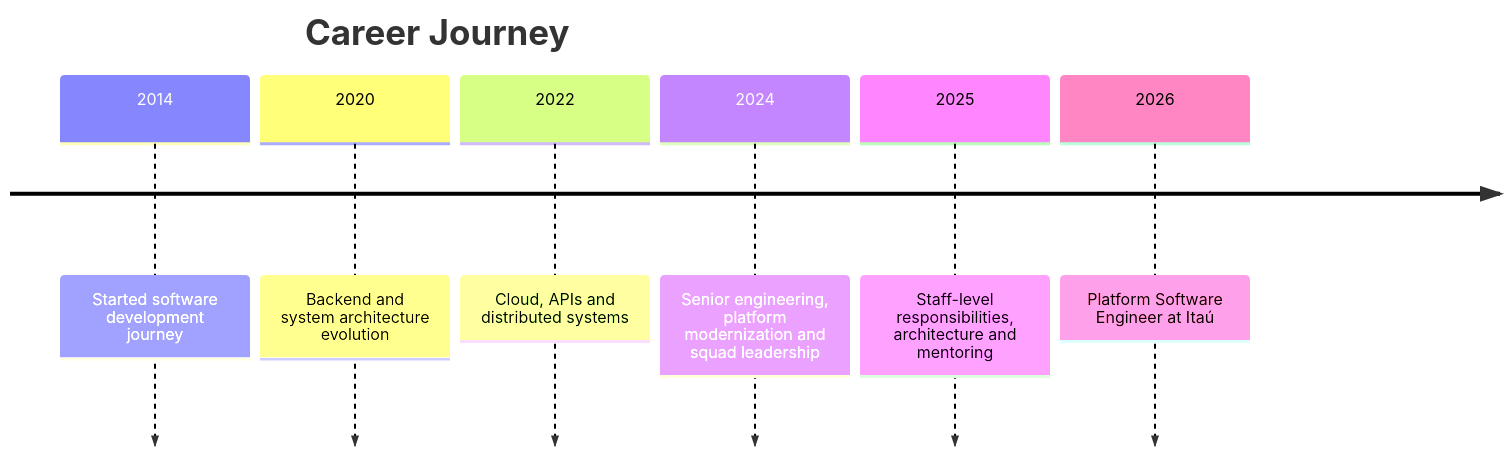
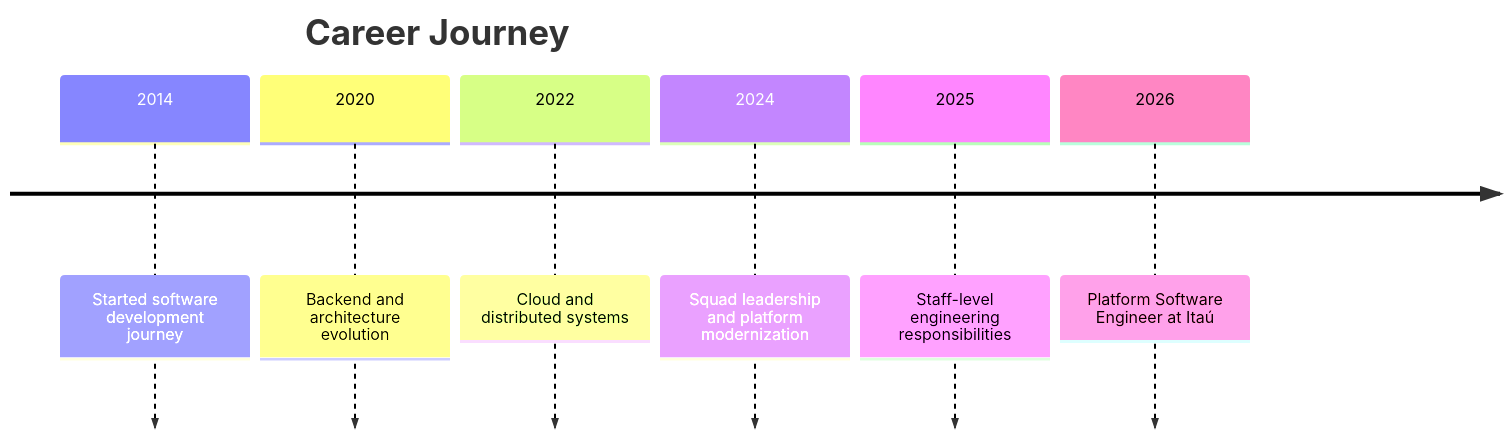
One commit to VieiraGabrielAlexandre/brag-document changed the second of 2 diagrams in README.md. Above: the diagram before and after it, drawn with Mermaid. The commit also changed other lines of this file, not shown here.

````diff
--- a/README.md
+++ b/README.md
@@ -182,10 +207,10 @@
 ```mermaid
 timeline
     title Career Journey
     2014 : Started software development journey
-    2020 : Backend and system architecture evolution
-    2022 : Cloud, APIs and distributed systems
-    2024 : Senior engineering, platform modernization and squad leadership
-    2025 : Staff-level responsibilities, architecture and mentoring
+    2020 : Backend and architecture evolution
+    2022 : Cloud and distributed systems
+    2024 : Squad leadership and platform modernization
+    2025 : Staff-level engineering responsibilities
     2026 : Platform Software Engineer at Itaú
 ```
````
